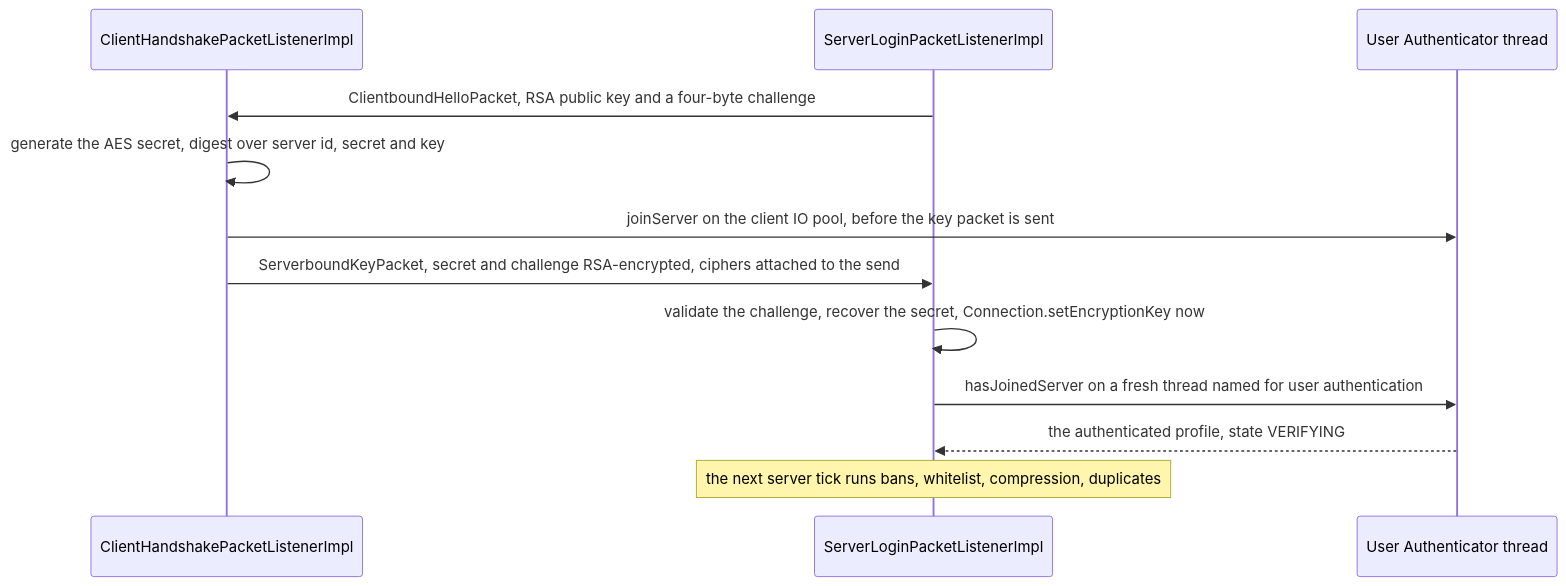
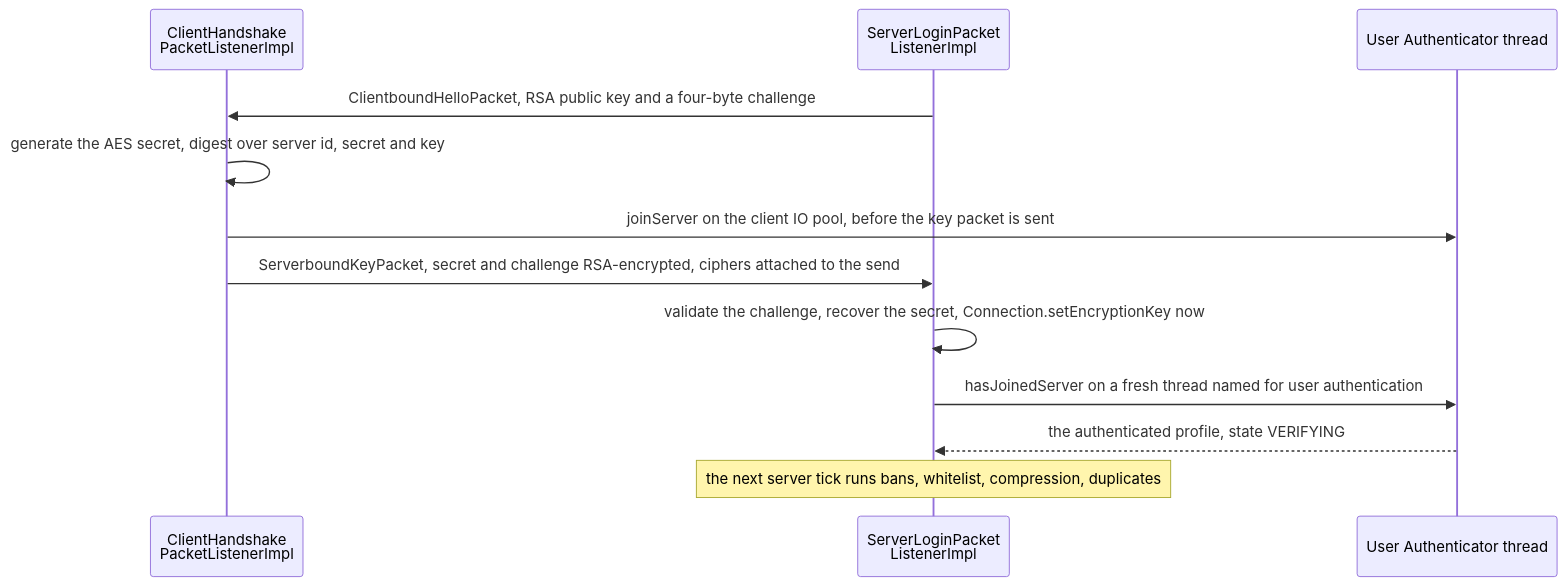
Before and after one commit to AlexanderjFraser/MinecraftDocs: the third of 4 diagrams in src/systems/networking/protocol-phases.md, drawn with Mermaid. The commit also changed 68 other files, not shown here.

````diff
--- a/src/systems/networking/protocol-phases.md
+++ b/src/systems/networking/protocol-phases.md
@@ -183,15 +183,15 @@
 ```mermaid
 sequenceDiagram
-    participant CHPL as ClientHandshakePacketListenerImpl
-    participant SLPL as ServerLoginPacketListenerImpl
+    participant CHPL as ClientHandshake<br/>PacketListenerImpl
+    participant SLPL as ServerLoginPacket<br/>ListenerImpl
     participant Auth as User Authenticator thread
 
     SLPL->>CHPL: ClientboundHelloPacket, RSA public key and a four-byte challenge
     CHPL->>CHPL: generate the AES secret, digest over server id, secret and key
     CHPL->>Auth: joinServer on the client IO pool, before the key packet is sent
     CHPL->>SLPL: ServerboundKeyPacket, secret and challenge RSA-encrypted, ciphers attached to the send
     SLPL->>SLPL: validate the challenge, recover the secret, Connection.setEncryptionKey now
     SLPL->>Auth: hasJoinedServer on a fresh thread named for user authentication
     Auth-->>SLPL: the authenticated profile, state VERIFYING
     Note over SLPL: the next server tick runs bans, whitelist, compression, duplicates
 ```
````
